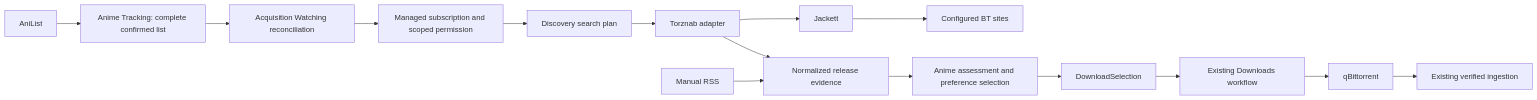
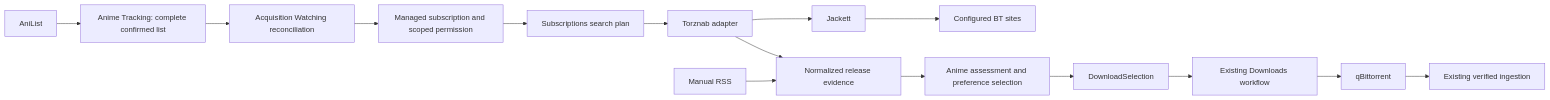
The second of 2 diagrams in docs/current-architecture.md (qw0er/Anishelf), drawn with Mermaid before and after one commit. The commit also changed other lines of this file and 71 other files, not shown here.

````diff
--- a/docs/current-architecture.md
+++ b/docs/current-architecture.md
@@ -330,17 +220,17 @@
 ```mermaid
 flowchart LR
     AniList --> Tracking[Anime Tracking: complete confirmed list]
     Tracking --> Watching[Acquisition Watching reconciliation]
     Watching --> Managed[Managed subscription and scoped permission]
-    Managed --> Search[Discovery search plan]
+    Managed --> Search[Subscriptions search plan]
     Search --> Torznab[Torznab adapter]
     Torznab --> Jackett
     Jackett --> Sites[Configured BT sites]
     Torznab --> Evidence[Normalized release evidence]
     RSS[Manual RSS] --> Evidence
     Evidence --> Assess[Anime assessment and preference selection]
     Assess --> Selection[DownloadSelection]
     Selection --> Downloads[Existing Downloads workflow]
     Downloads --> Q[qBittorrent]
     Q --> Import[Existing verified ingestion]
 ```
````
